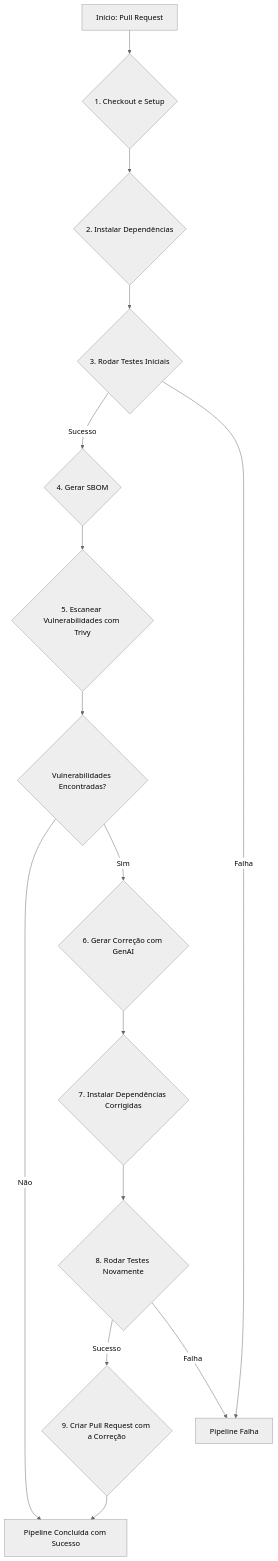
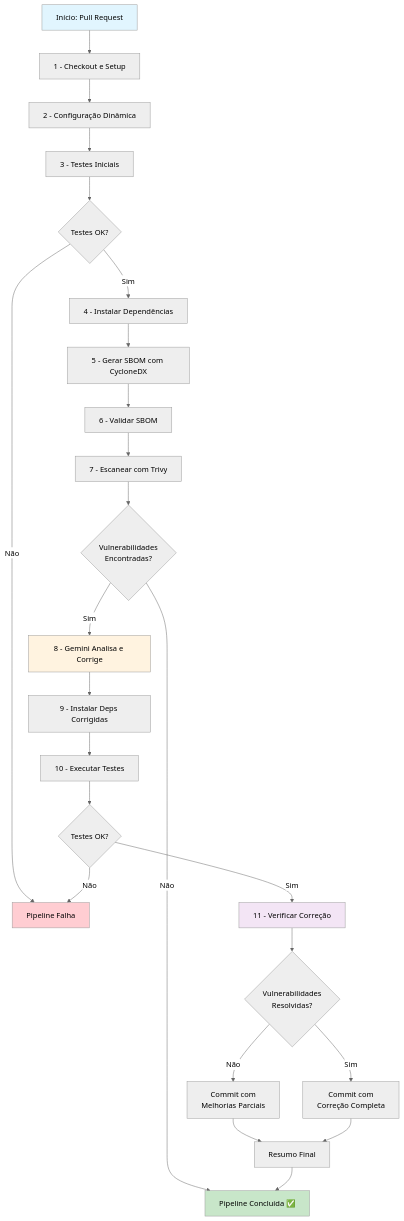
One commit to matheushrd/teste_sbom_genai changed the diagram in README.md. Above: the diagram before and after it, drawn with Mermaid (neutral theme). The commit also changed other lines of this file, not shown here.

````diff
--- a/README.md
+++ b/README.md
@@ -17,17 +15,32 @@
 ```mermaid
-graph TD
-    A[Início: Pull Request] --> B{1. Checkout e Setup};
-    B --> C{2. Instalar Dependências};
-    C --> D{3. Rodar Testes Iniciais};
-    D -- Sucesso --> E{4. Gerar SBOM};
-    D -- Falha --> Z[Pipeline Falha];
-    E --> F{5. Escanear Vulnerabilidades com Trivy};
-    F --> G{Vulnerabilidades Encontradas?};
-    G -- Não --> H[Pipeline Concluída com Sucesso];
-    G -- Sim --> I{6. Gerar Correção com GenAI};
-    I --> J{7. Instalar Dependências Corrigidas};
-    J --> K{8. Rodar Testes Novamente};
-    K -- Sucesso --> L{9. Criar Pull Request com a Correção};
-    K -- Falha --> Z;
-    L --> H;
+flowchart TD
+    A[Início: Pull Request] --> B[1 - Checkout e Setup]
+    B --> C[2 - Configuração Dinâmica]
+    C --> D[3 - Testes Iniciais]
+    D --> E{Testes OK?}
+    E -->|Não| Z[Pipeline Falha]
+    E -->|Sim| F[4 - Instalar Dependências]
+    F --> G[5 - Gerar SBOM com CycloneDX]
+    G --> H[6 - Validar SBOM]
+    H --> I[7 - Escanear com Trivy]
+    I --> J{Vulnerabilidades<br/>Encontradas?}
+    J -->|Não| K[Pipeline Concluída ✅]
+    J -->|Sim| L[8 - Gemini Analisa e Corrige]
+    L --> M[9 - Instalar Deps Corrigidas]
+    M --> N[10 - Executar Testes]
+    N --> O{Testes OK?}
+    O -->|Não| Z
+    O -->|Sim| P[11 - Verificar Correção]
+    P --> Q{Vulnerabilidades<br/>Resolvidas?}
+    Q -->|Não| R[Commit com<br/>Melhorias Parciais]
+    Q -->|Sim| S[Commit com<br/>Correção Completa]
+    R --> T[Resumo Final]
+    S --> T
+    T --> K
+    
+    style A fill:#e1f5fe
+    style K fill:#c8e6c9
+    style Z fill:#ffcdd2
+    style L fill:#fff3e0
+    style P fill:#f3e5f5
 ```
````
